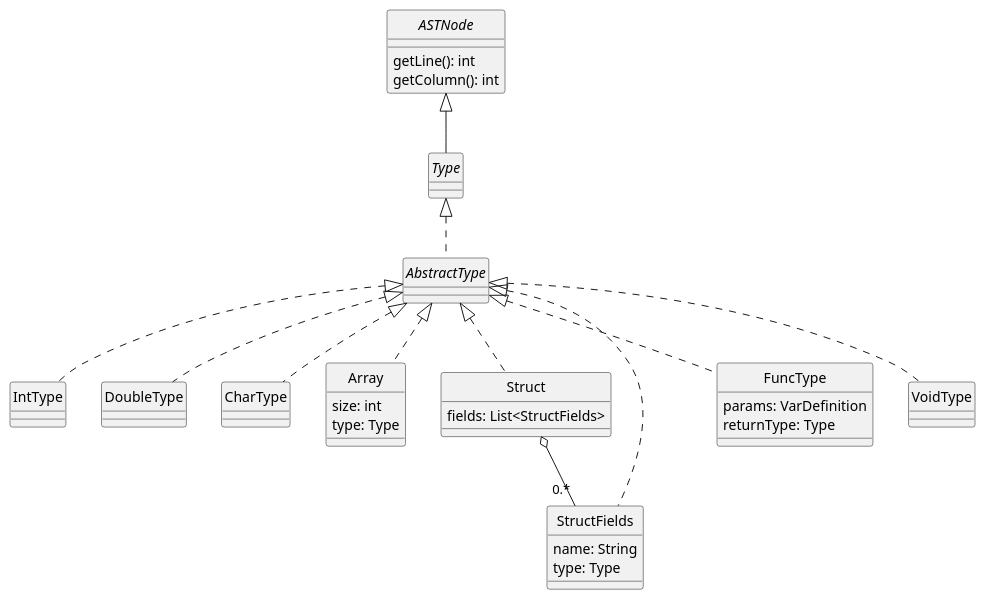
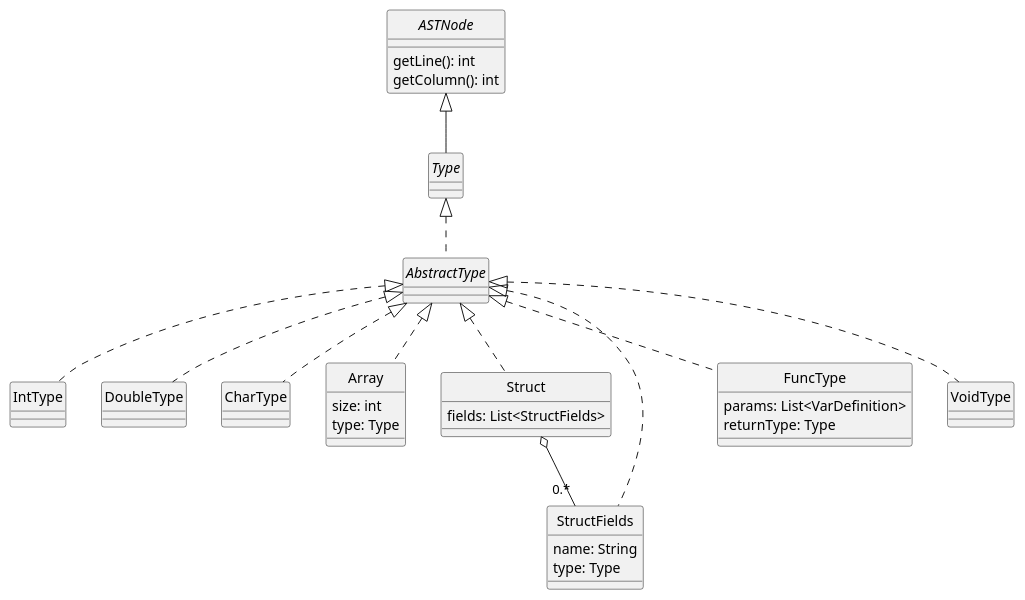
Before and after one commit to JonathanAriass/dlp-examen: the diagram in docs/diagrams/types.plantuml, drawn with PlantUML. The commit also changed 10 other files, not shown here.

```diff
--- a/docs/diagrams/types.plantuml
+++ b/docs/diagrams/types.plantuml
@@ -1,63 +1,63 @@
 @startuml Types
 skinparam style strictuml
 skinparam monochrome true
 
 interface ASTNode {
     getLine(): int
     getColumn(): int
 }
 
 interface Type
 
 ASTNode <|-- Type
 
 abstract AbstractType
 
 Type <|.. AbstractType
 
 class IntType
 
 AbstractType <|.. IntType
 
 class DoubleType
 
 AbstractType <|.. DoubleType
 
 class CharType
 
 AbstractType <|.. CharType
 
 class Array {
     size: int
     type: Type
 }
 
 AbstractType <|.. Array
 
 class Struct {
     fields: List<StructFields>
 }
 
 Struct  o-- "0.*" StructFields
 
 class StructFields implements AbstractType {
     name: String
     type: Type
 }
 
 AbstractType <|.. Struct
 
 class FuncType {
-    params: VarDefinition
+    params: List<VarDefinition>
     returnType: Type
 }
 
 AbstractType <|.. FuncType
 
 class VoidType {
 
 }
 
 AbstractType <|.. VoidType
 
 @enduml
```
